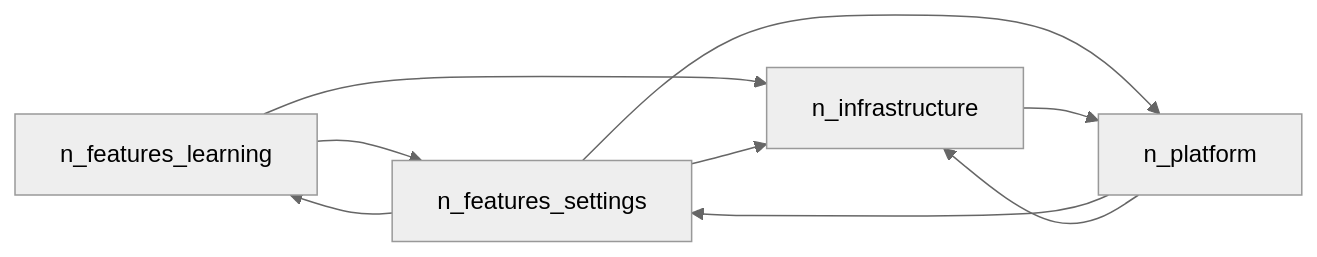
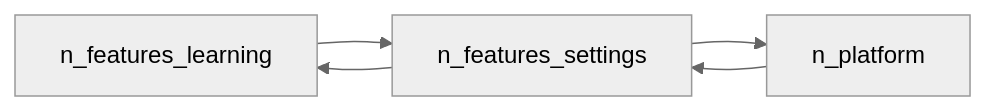
Before and after one commit to JUANWANG-BUAA/ginkgo: the third of 4 diagrams in docs/interfaces/DEPENDENCY-GRAPH.md, drawn with Mermaid (neutral theme). The commit also changed other lines of this file and 145 other files, not shown here.

````diff
--- a/docs/interfaces/DEPENDENCY-GRAPH.md
+++ b/docs/interfaces/DEPENDENCY-GRAPH.md
@@ -229,11 +223,7 @@
 ```mermaid
 flowchart LR
   n_features_learning --> n_features_settings
-  n_features_learning --> n_infrastructure
   n_features_settings --> n_features_learning
-  n_features_settings --> n_infrastructure
   n_features_settings --> n_platform
-  n_infrastructure --> n_platform
   n_platform --> n_features_settings
-  n_platform --> n_infrastructure
 ```
````
